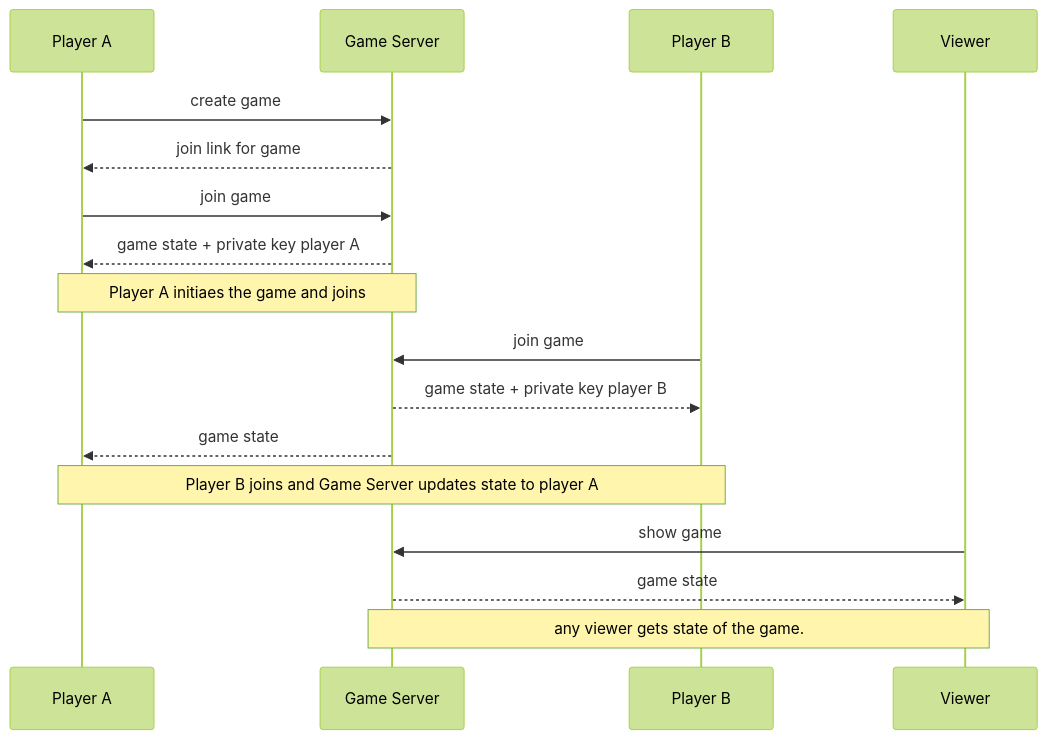
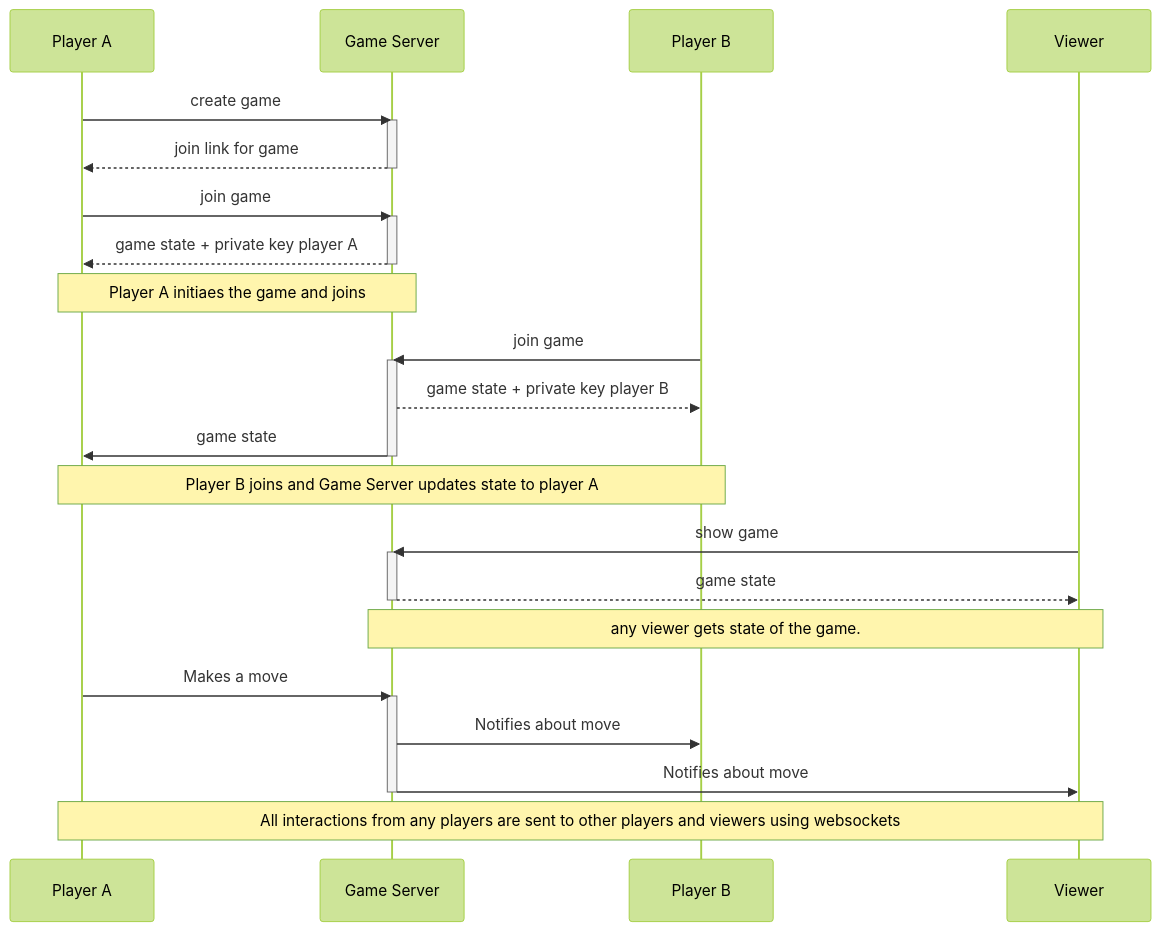
Before and after one commit to srcolinas/teyuna: the first of 2 diagrams in ARCHITECTURE.md, drawn with Mermaid (forest theme).

Commit message:
docs: add note over websocket communication

````diff
--- a/ARCHITECTURE.md
+++ b/ARCHITECTURE.md
@@ -5,15 +5,29 @@
 ```mermaid
 sequenceDiagram    
     Player A->>Game Server: create game
+    activate Game Server
     Game Server-->>Player A: join link for game
+    deactivate Game Server
     Player A->>Game Server: join game 
+    activate Game Server
     Game Server-->>Player A: game state + private key player A
+    deactivate Game Server
     Note over Player A,Game Server: Player A initiaes the game and joins
     Player B->>Game Server: join game
+    activate Game Server
     Game Server-->>Player B: game state + private key player B
-    Game Server-->>Player A: game state 
+    Game Server->>Player A: game state
+    deactivate Game Server
     Note over Player B,Player A: Player B joins and Game Server updates state to player A
     Viewer->>Game Server: show game
+    activate Game Server
     Game Server-->>Viewer: game state
+    deactivate Game Server
     Note over Viewer, Game Server: any viewer gets state of the game.
+    Player A->>Game Server: Makes a move
+    activate Game Server
+    Game Server->>Player B: Notifies about move
+    Game Server->>Viewer: Notifies about move
+    deactivate Game Server
+    Note over Player A, Viewer: All interactions from any players are sent to other players and viewers using websockets
 ```
````
